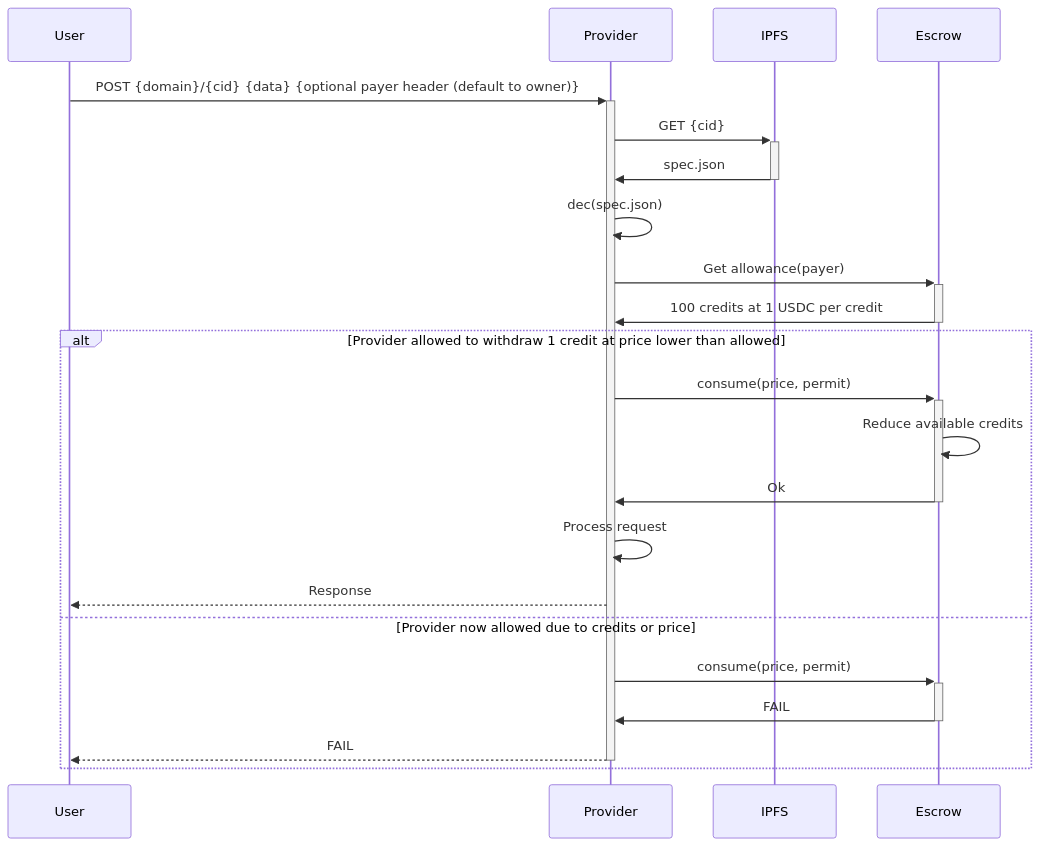
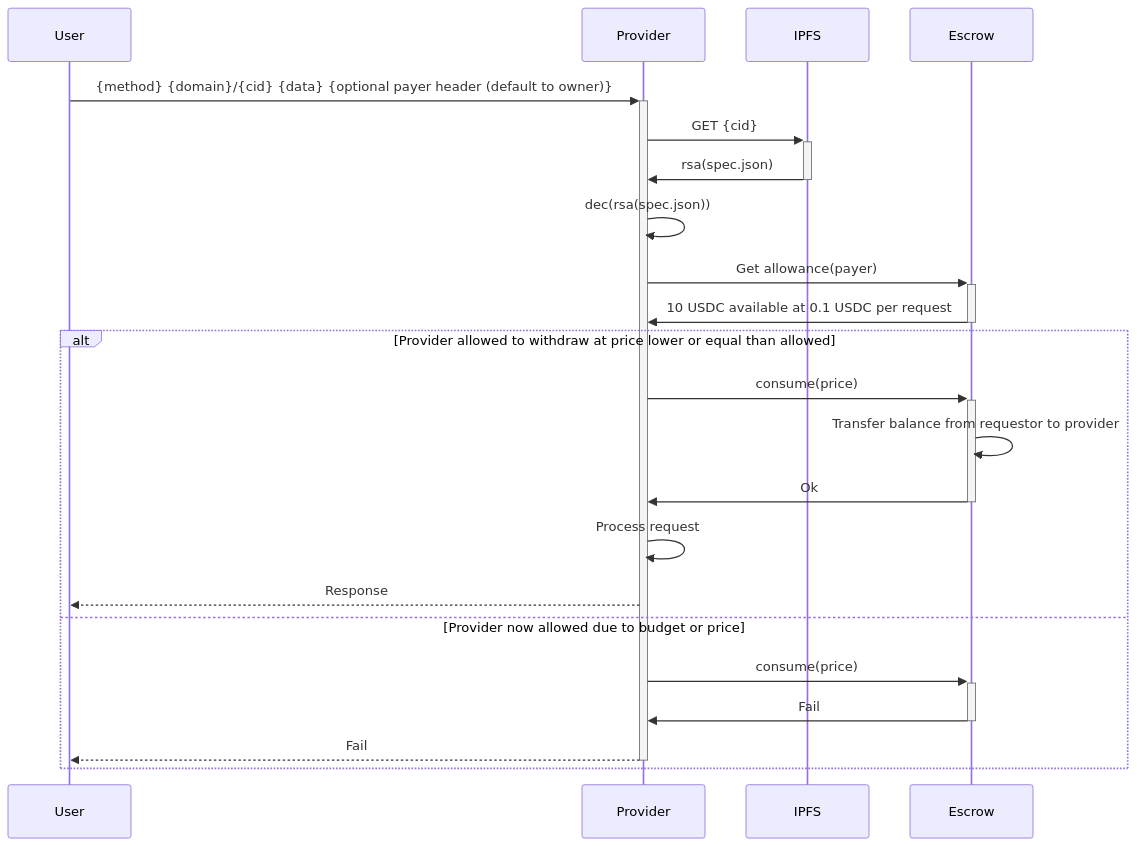
Before and after one commit to matzapata/ipfs-compute: the third of 7 diagrams in README.md, drawn with Mermaid. The commit also changed other lines of this file and 1 other file, not shown here.

Commit message:
schema and utils

````diff
--- a/README.md
+++ b/README.md
@@ -51,20 +53,20 @@
 ```mermaid
 sequenceDiagram
-    User->>+Provider: POST {domain}/{cid} {data} {optional payer header (default to owner)}
+    User->>+Provider: {method} {domain}/{cid} {data} {optional payer header (default to owner)}
     Provider->>+IPFS: GET {cid}
-    IPFS->>-Provider: spec.json
-    Provider->>Provider: dec(spec.json)
+    IPFS->>-Provider: rsa(spec.json)
+    Provider->>Provider: dec(rsa(spec.json))
     Provider->>+Escrow: Get allowance(payer)
-    Escrow->>-Provider: 100 credits at 1 USDC per credit
-    alt Provider allowed to withdraw 1 credit at price lower than allowed
-    Provider->>+Escrow: consume(price, permit)
-    Escrow->>Escrow: Reduce available credits
+    Escrow->>-Provider: 10 USDC available at 0.1 USDC per request
+    alt Provider allowed to withdraw at price lower or equal than allowed
+    Provider->>+Escrow: consume(price)
+    Escrow->>Escrow: Transfer balance from requestor to provider
     Escrow->>-Provider: Ok
     Provider->>Provider: Process request
     Provider-->>User: Response
-    else Provider now allowed due to credits or price
-    Provider->>+Escrow: consume(price, permit)
-    Escrow->>-Provider: FAIL
-    Provider-->>-User: FAIL
+    else Provider now allowed due to budget or price
+    Provider->>+Escrow: consume(price)
+    Escrow->>-Provider: Fail
+    Provider-->>-User: Fail
     end
 ```
````
